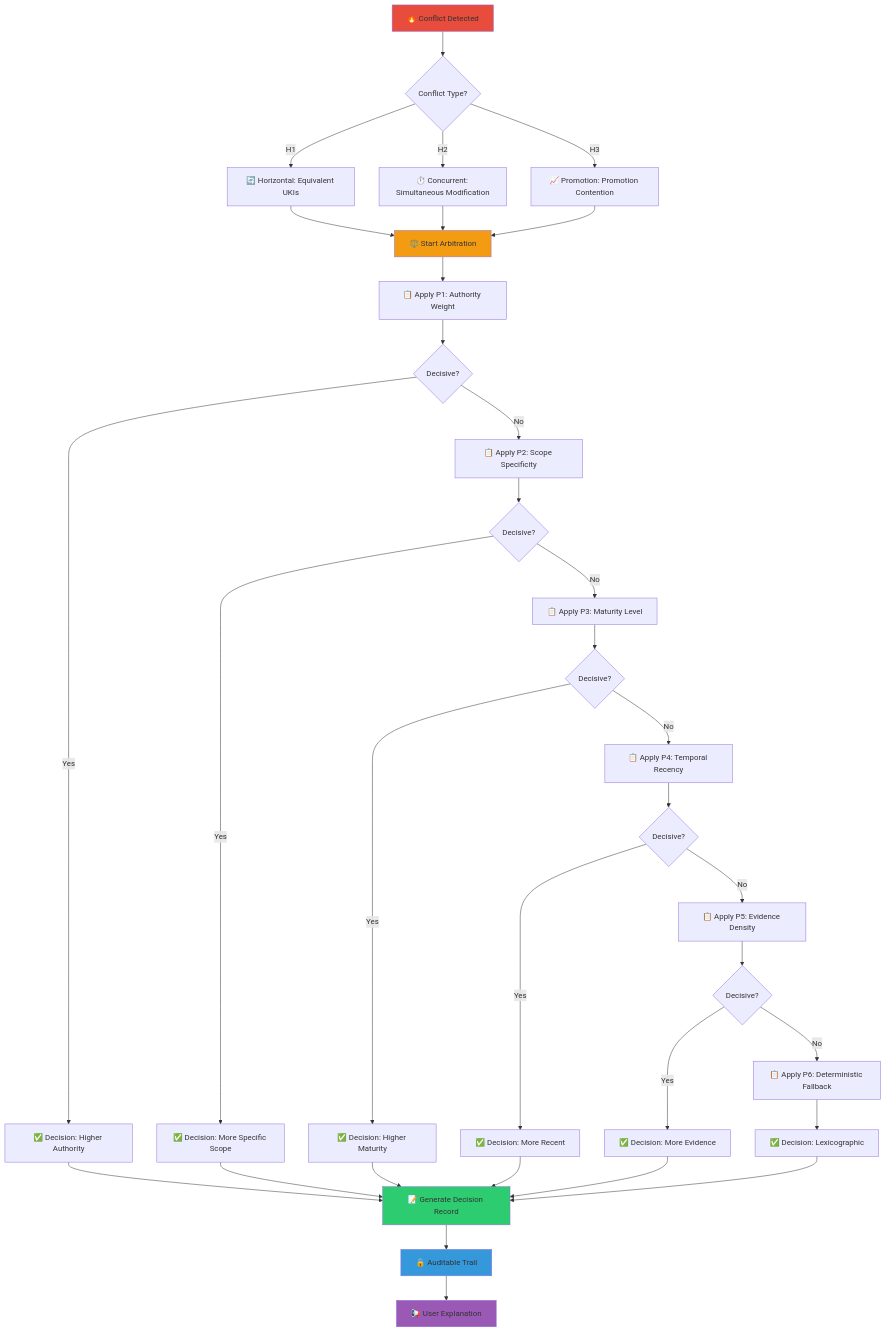
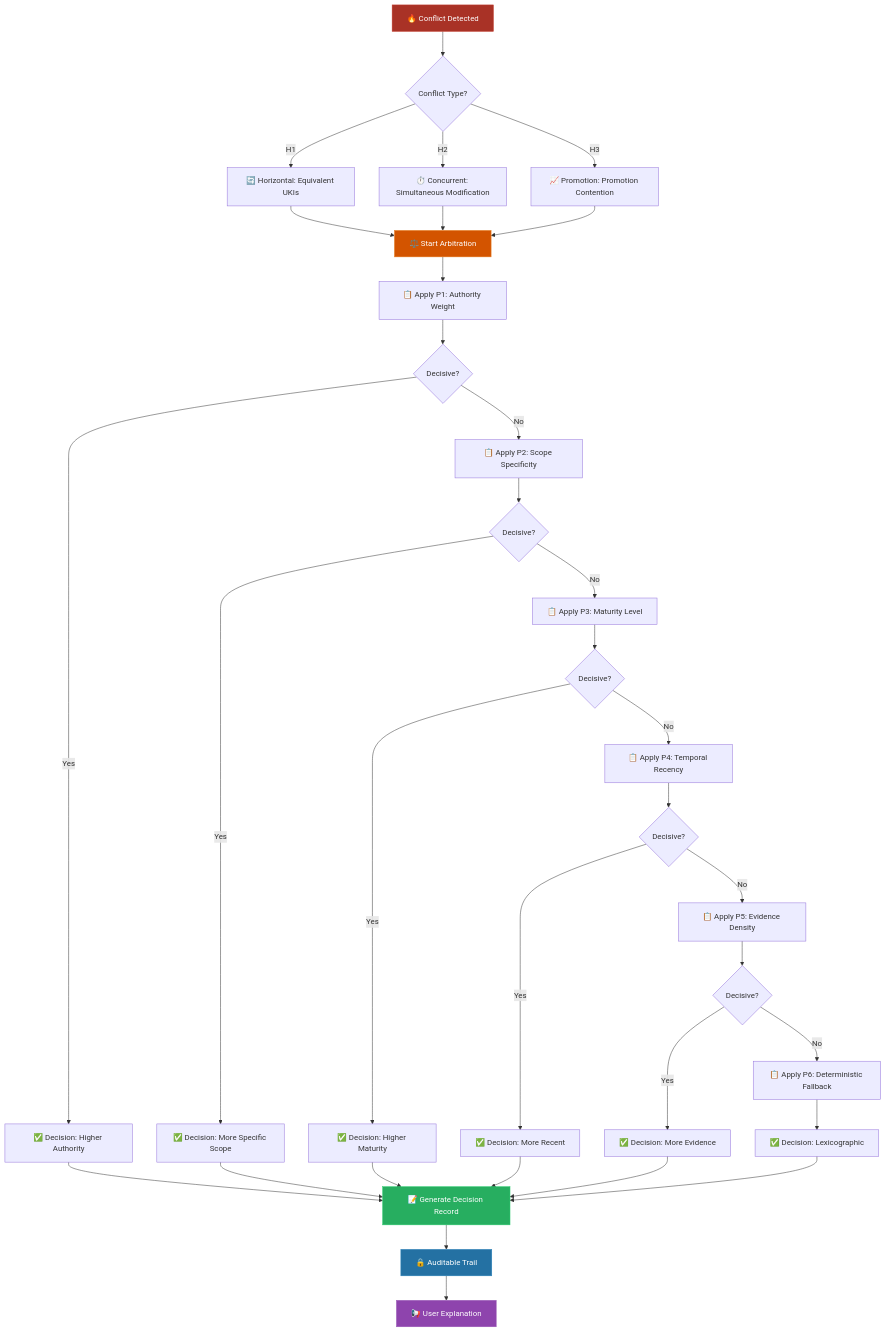
The second of 4 diagrams in content/en/docs/manual/tools/explainability.md (casheiro/matrix-protocol), drawn with Mermaid before and after one commit. The commit also changed other lines of this file and 36 other files, not shown here.

````diff
--- a/content/en/docs/manual/tools/explainability.md
+++ b/content/en/docs/manual/tools/explainability.md
@@ -481,52 +482,53 @@
 ```mermaid
 graph TD
     A[🔥 Conflict Detected] --> B{Conflict Type?}
     
     B -->|H1| C[🔄 Horizontal: Equivalent UKIs]
     B -->|H2| D[⏱️ Concurrent: Simultaneous Modification]
     B -->|H3| E[📈 Promotion: Promotion Contention]
     
     C --> F[⚖️ Start Arbitration]
     D --> F
     E --> F
     
     F --> G[📋 Apply P1: Authority Weight]
     G --> H{Decisive?}
     
     H -->|Yes| I[✅ Decision: Higher Authority]
     H -->|No| J[📋 Apply P2: Scope Specificity]
     
     J --> K{Decisive?}
     K -->|Yes| L[✅ Decision: More Specific Scope]
     K -->|No| M[📋 Apply P3: Maturity Level]
     
     M --> N{Decisive?}
     N -->|Yes| O[✅ Decision: Higher Maturity]
     N -->|No| P[📋 Apply P4: Temporal Recency]
     
     P --> Q{Decisive?}
     Q -->|Yes| R[✅ Decision: More Recent]
     Q -->|No| S[📋 Apply P5: Evidence Density]
     
     S --> T{Decisive?}
     T -->|Yes| U[✅ Decision: More Evidence]
     T -->|No| V[📋 Apply P6: Deterministic Fallback]
     
     V --> W[✅ Decision: Lexicographic]
     
     I --> X[📝 Generate Decision Record]
     L --> X
     O --> X
     R --> X
     U --> X
     W --> X
     
     X --> Y[🔒 Auditable Trail]
     Y --> Z[📢 User Explanation]
     
-    style A fill:#e74c3c
-    style F fill:#f39c12
-    style X fill:#2ecc71
-    style Y fill:#3498db
-    style Z fill:#9b59b6
+    %% Authority derivation flow
+    style A fill:#A93226,stroke:#C0392B,color:#fff
+    style F fill:#D35400,stroke:#E67E22,color:#fff
+    style X fill:#27AE60,stroke:#2ECC71,color:#fff
+    style Y fill:#2471A3,stroke:#2980B9,color:#fff
+    style Z fill:#8E44AD,stroke:#9B59B6,color:#fff
 ```
````
